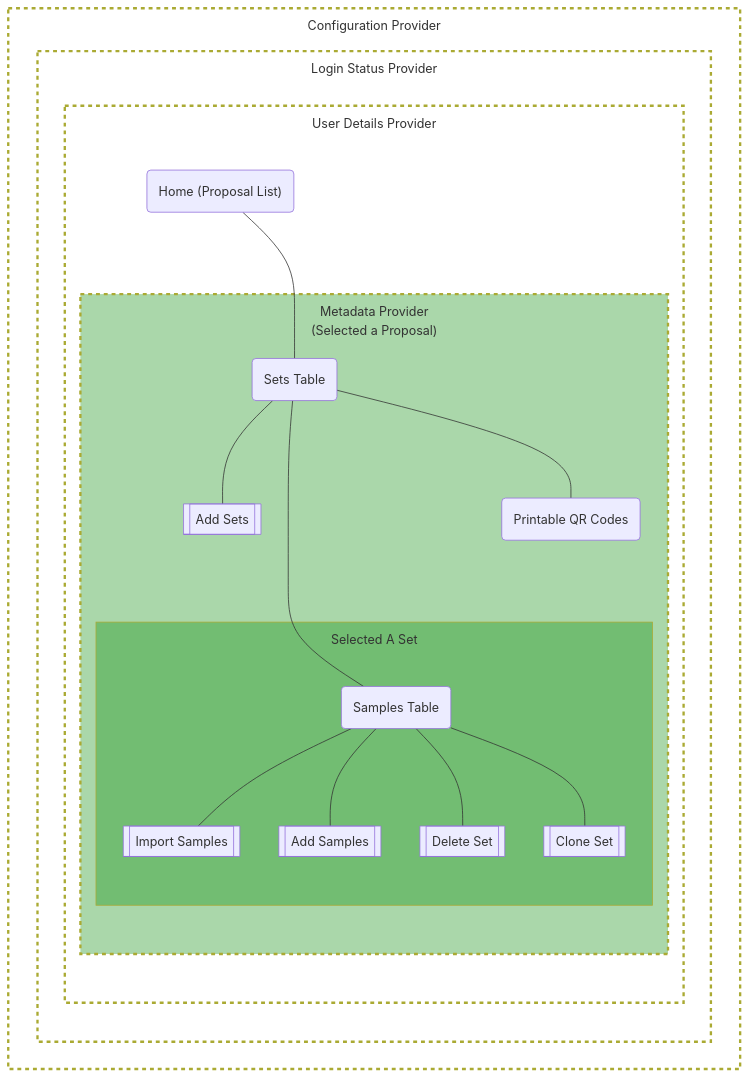
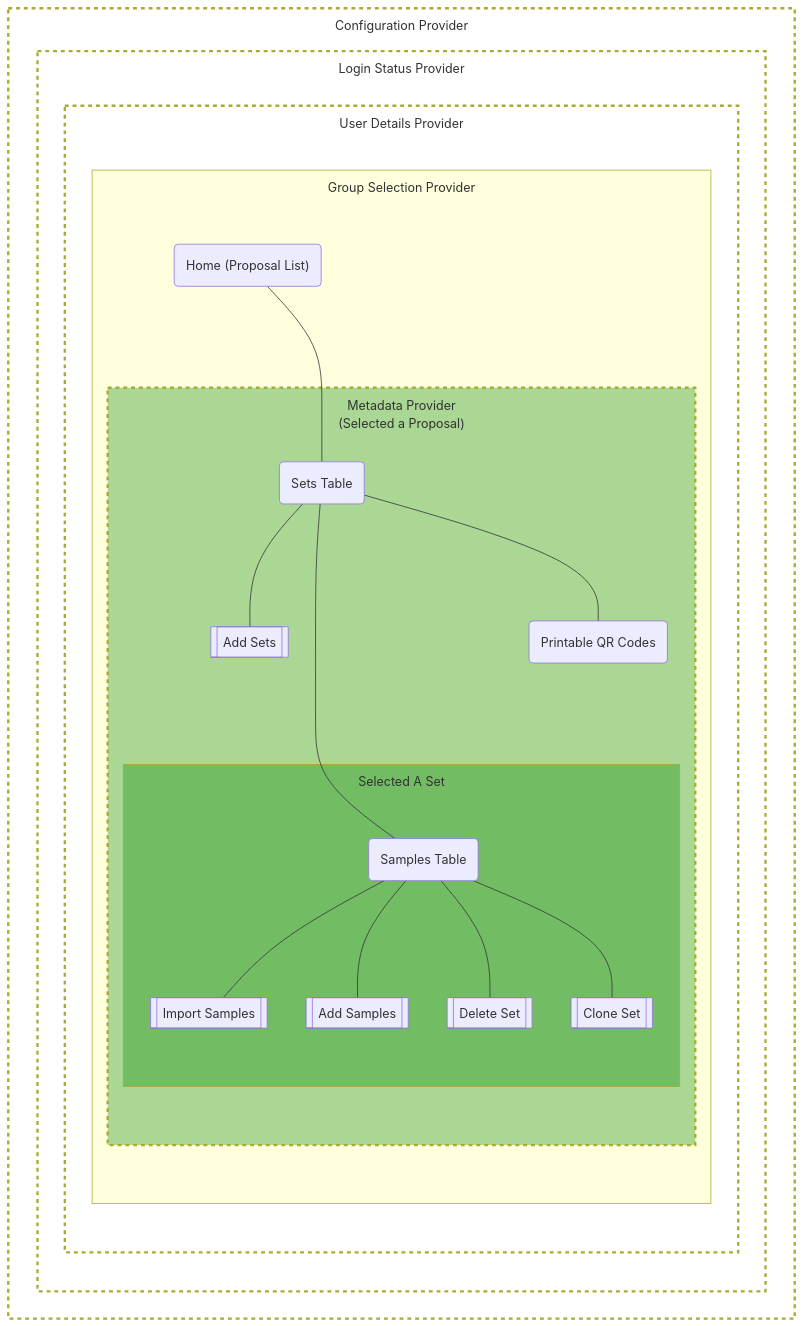
The diagram in README.md (jfrias-CS/Modified-ALS-Sample-Tracker), drawn with Mermaid before and after one commit. The commit also changed other lines of this file, not shown here.

Commit message:
Updating nav model description in Readme.

````diff
--- a/README.md
+++ b/README.md
@@ -37,59 +37,61 @@
 ```mermaid
 ---
 config:
   flowchart:
     subGraphTitleMargin:
       top: 10
       bottom: 10
 ---
 flowchart TB
 
 subgraph Config["`Configuration Provider`"]
   subgraph Login["`Login Status Provider`"]
     subgraph User["`User Details Provider`"]
+      subgraph Group["`Group Selection Provider`"]
 
-      Home("`Home (Proposal List)`")
+        Home("`Home (Proposal List)`")
 
-      Home --- Sets
-      Home ~~~ ImpSamples
+        Home --- Sets
+        Home ~~~ ImpSamples
 
-      subgraph Meta["`Metadata Provider<br />(Selected a Proposal)`"]
+        subgraph Meta["`Metadata Provider<br />(Selected a Proposal)`"]
 
-        QR("`Printable QR Codes`")
-        Sets("`Sets Table`")
-        AddSets@{ shape: subprocess, label: "Add Sets"}
+          QR("`Printable QR Codes`")
+          Sets("`Sets Table`")
+          AddSets@{ shape: subprocess, label: "Add Sets"}
 
-        Sets --- QR
-        Sets --- AddSets
-        Sets --- Samples
-        QR ~~~ Samples
+          Sets --- QR
+          Sets --- AddSets
+          Sets --- Samples
+          QR ~~~ Samples
 
-        subgraph SubS[Selected A Set]
+          subgraph SubS[Selected A Set]
 
-          Samples("`Samples Table`")
-          ImpSamples@{ shape: subprocess, label: "Import Samples"}
-          AddSamples@{ shape: subprocess, label: "Add Samples"}
-          DeleteSet@{ shape: subprocess, label: "Delete Set"}
-          CloneSet@{ shape: subprocess, label: "Clone Set"}
+            Samples("`Samples Table`")
+            ImpSamples@{ shape: subprocess, label: "Import Samples"}
+            AddSamples@{ shape: subprocess, label: "Add Samples"}
+            DeleteSet@{ shape: subprocess, label: "Delete Set"}
+            CloneSet@{ shape: subprocess, label: "Clone Set"}
 
-          Samples --- ImpSamples
-          Samples --- AddSamples
-          Samples --- DeleteSet
-          Samples --- CloneSet
+            Samples --- ImpSamples
+            Samples --- AddSamples
+            Samples --- DeleteSet
+            Samples --- CloneSet
 
+          end
         end
+
       end
-
     end
   end
 end
 
 style Meta fill:#0805,padding-top:5em;
 style SubS fill:#0805
 
 style Config fill:none,stroke-dasharray: 5 5,stroke-width:3px
 style Login fill:none,stroke-dasharray: 5 5,stroke-width:3px
 style User fill:none,stroke-dasharray: 5 5,stroke-width:3px
 style Meta stroke-dasharray: 5 5,stroke-width:3px
 
 ```
````
